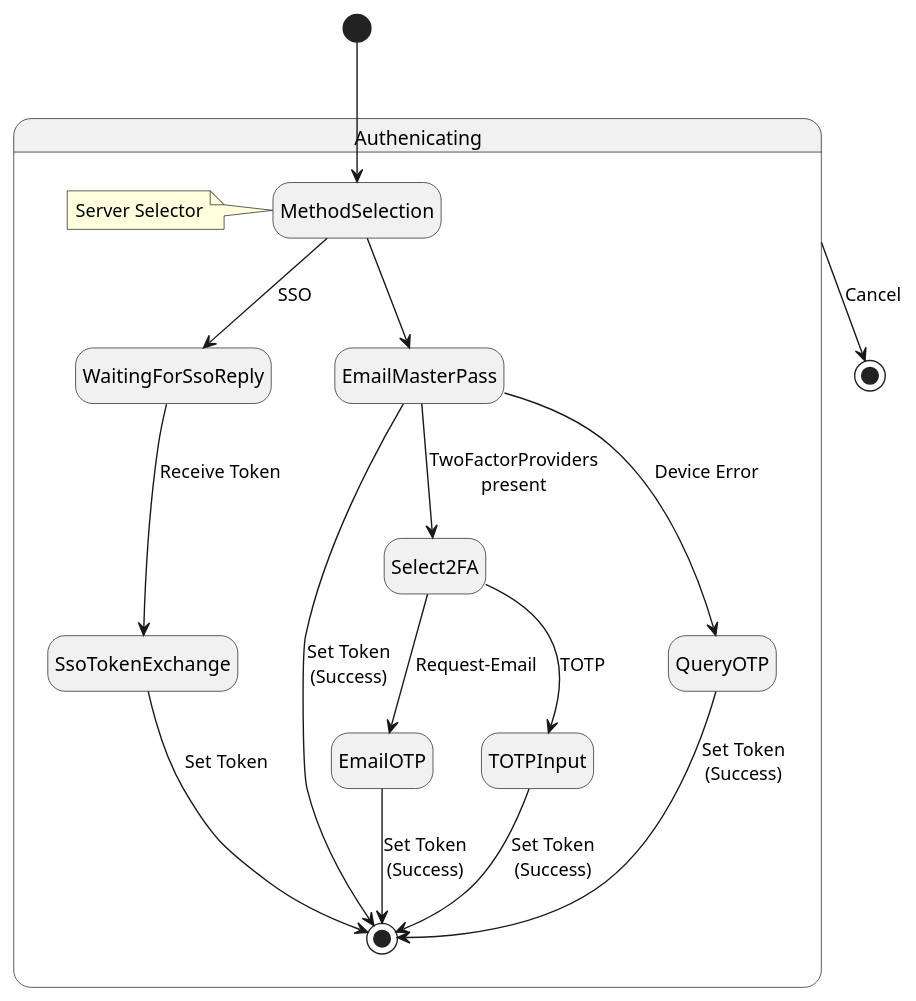
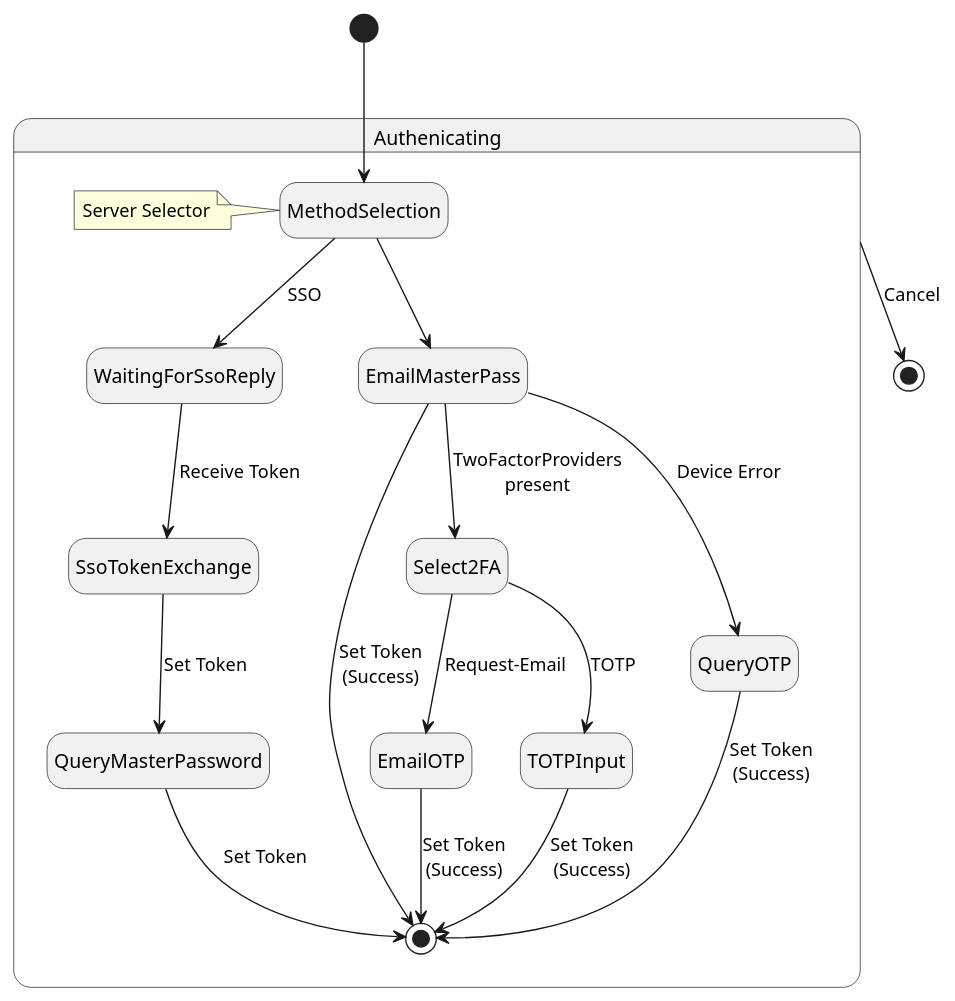
Before and after one commit to matthiasblaesing/bitwardenagent: the diagram in src/main/site/BitwardenClientAuthentication.puml, drawn with PlantUML.

Commit message:
Update Authentication Plan

```diff
--- a/src/main/site/BitwardenClientAuthentication.puml
+++ b/src/main/site/BitwardenClientAuthentication.puml
@@ -1,30 +1,32 @@
 @startuml
 
 hide empty description
 
 state Authenicating {
     state MethodSelection
 
 MethodSelection --> WaitingForSsoReply : SSO
 MethodSelection --> EmailMasterPass
 EmailMasterPass --> [*] : Set Token\n(Success)
 EmailMasterPass --> Select2FA : TwoFactorProviders\npresent
 Select2FA --> EmailOTP : Request-Email
 Select2FA --> TOTPInput : TOTP
 TOTPInput --> [*] : Set Token\n(Success)
 EmailOTP --> [*] : Set Token\n(Success)
 EmailMasterPass --> QueryOTP : Device Error
 QueryOTP --> [*] : Set Token\n(Success)
 WaitingForSsoReply --> SsoTokenExchange : Receive Token
-SsoTokenExchange --> [*] : Set Token
+SsoTokenExchange --> QueryMasterPassword : Set Token
+QueryMasterPassword --> [*] : Set Token
+
 
 note left of MethodSelection : Server Selector
 }
 
 [*] --> MethodSelection
 Authenicating --> [*] : Cancel
 
 
 
 
 @enduml
```
